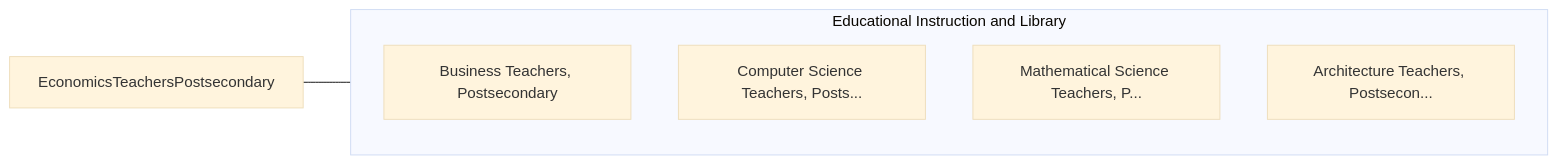
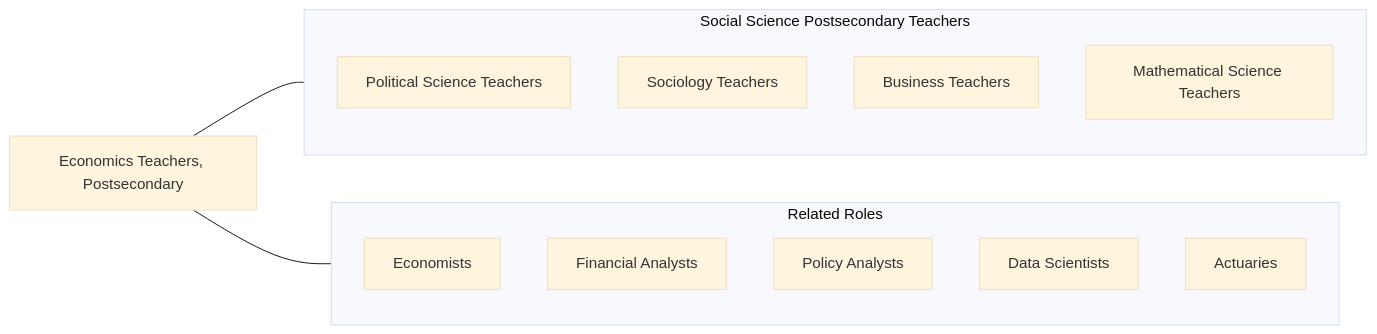
The fourth of 4 diagrams in occupations/Education/EconomicsTeachersPostsecondary.mdx (kziemski/business.org.ai), drawn with Mermaid (base theme) before and after one commit. The commit also changed other lines of this file and 938 other files, not shown here.

````diff
--- a/occupations/Education/EconomicsTeachersPostsecondary.mdx
+++ b/occupations/Education/EconomicsTeachersPostsecondary.mdx
@@ -80,13 +179,22 @@
 ```mermaid
 graph LR
-    Current["EconomicsTeachersPostsecondary"]
+    Current["Economics Teachers, Postsecondary"]
 
-    subgraph SameCategory["Educational Instruction and Library"]
-        BusinessTeachersPost["Business Teachers, Postsecondary"]
-        ComputerScienceTeach["Computer Science Teachers, Posts..."]
-        MathematicalScienceT["Mathematical Science Teachers, P..."]
-        ArchitectureTeachers["Architecture Teachers, Postsecon..."]
+    subgraph SameCategory["Social Science Postsecondary Teachers"]
+        PolSci["Political Science Teachers"]
+        Sociology["Sociology Teachers"]
+        Business["Business Teachers"]
+        Math["Mathematical Science Teachers"]
+    end
+
+    subgraph CrossFunctional["Related Roles"]
+        Economists["Economists"]
+        FinAnalysts["Financial Analysts"]
+        PolicyAnalysts["Policy Analysts"]
+        DataScientists["Data Scientists"]
+        Actuaries["Actuaries"]
     end
 
     Current --- SameCategory
+    Current --- CrossFunctional
 ```
````
